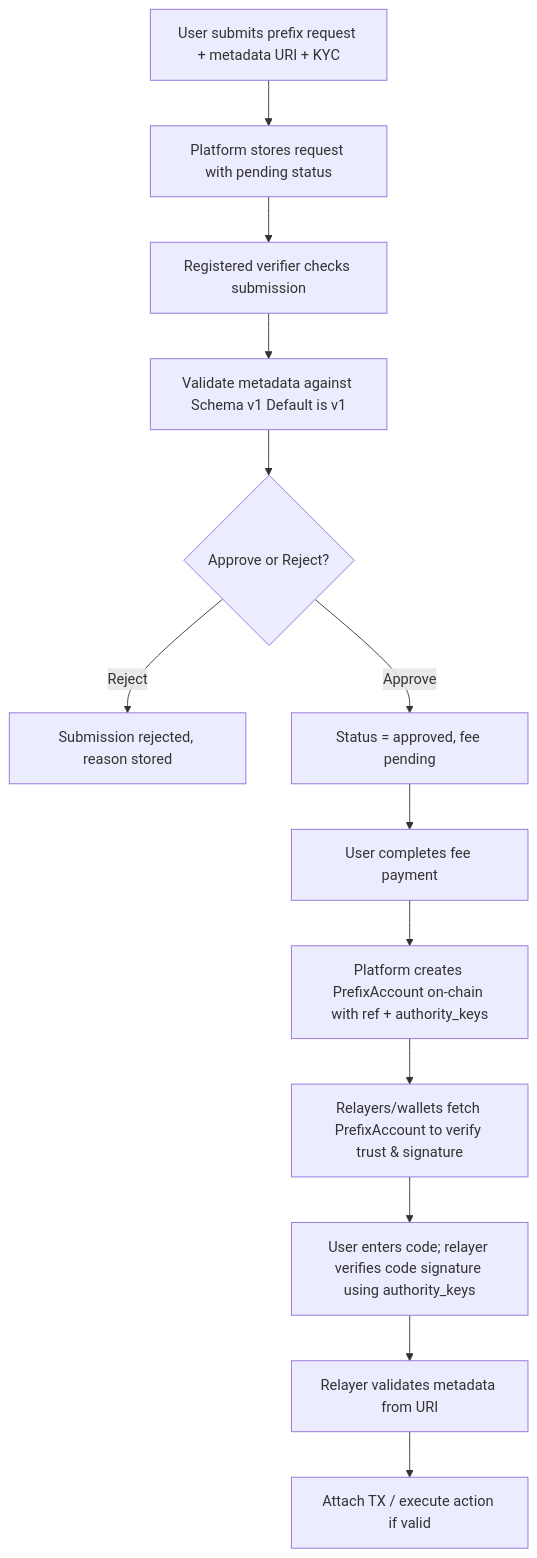
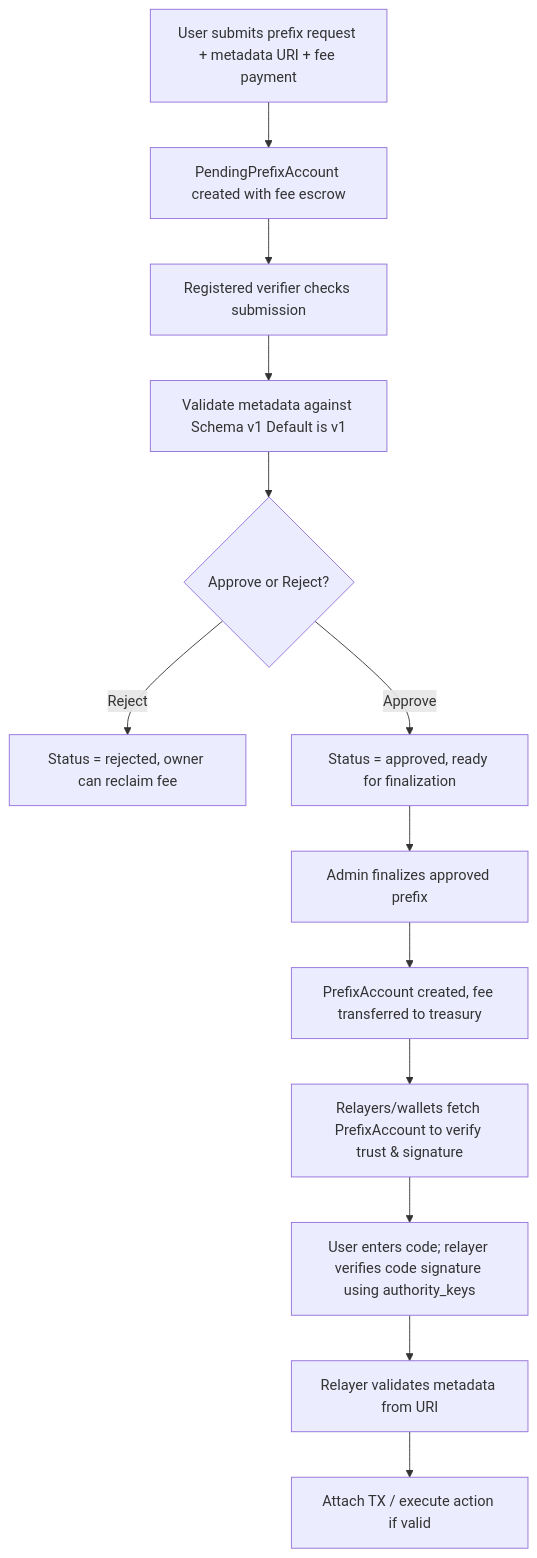
Before and after one commit to otaprotocol/docs: the diagram in aips/aip-4.mdx, drawn with Mermaid. The commit also changed other lines of this file, not shown here.

````diff
--- a/aips/aip-4.mdx
+++ b/aips/aip-4.mdx
@@ -181,15 +205,15 @@
 ```mermaid
 flowchart TD
-    A[User submits prefix request + metadata URI + KYC] --> B[Platform stores request with pending status]
-    B --> C[Registered verifier checks submission]
-    C --> D[Validate metadata against Schema v1 Default is v1]
-    D --> E{Approve or Reject?}
-    E -->|Reject| F[Submission rejected, reason stored]
-    E -->|Approve| G[Status = approved, fee pending]
-    G --> H[User completes fee payment]
-    H --> I[Platform creates PrefixAccount on-chain with ref + authority_keys]
-    I --> J[Relayers/wallets fetch PrefixAccount to verify trust & signature]
-    J --> K[User enters code; relayer verifies code signature using authority_keys]
-    K --> L[Relayer validates metadata from URI]
-    L --> M[Attach TX / execute action if valid]
+    A[User submits prefix request + metadata URI + fee payment] --> B[PendingPrefixAccount created with fee escrow]
+    B --> C[Registered verifier checks submission]
+    C --> D[Validate metadata against Schema v1 Default is v1]
+    D --> E{Approve or Reject?}
+    E -->|Reject| F[Status = rejected, owner can reclaim fee]
+    E -->|Approve| G[Status = approved, ready for finalization]
+    G --> H[Admin finalizes approved prefix]
+    H --> I[PrefixAccount created, fee transferred to treasury]
+    I --> J[Relayers/wallets fetch PrefixAccount to verify trust & signature]
+    J --> K[User enters code; relayer verifies code signature using authority_keys]
+    K --> L[Relayer validates metadata from URI]
+    L --> M[Attach TX / execute action if valid]
 ```
````
